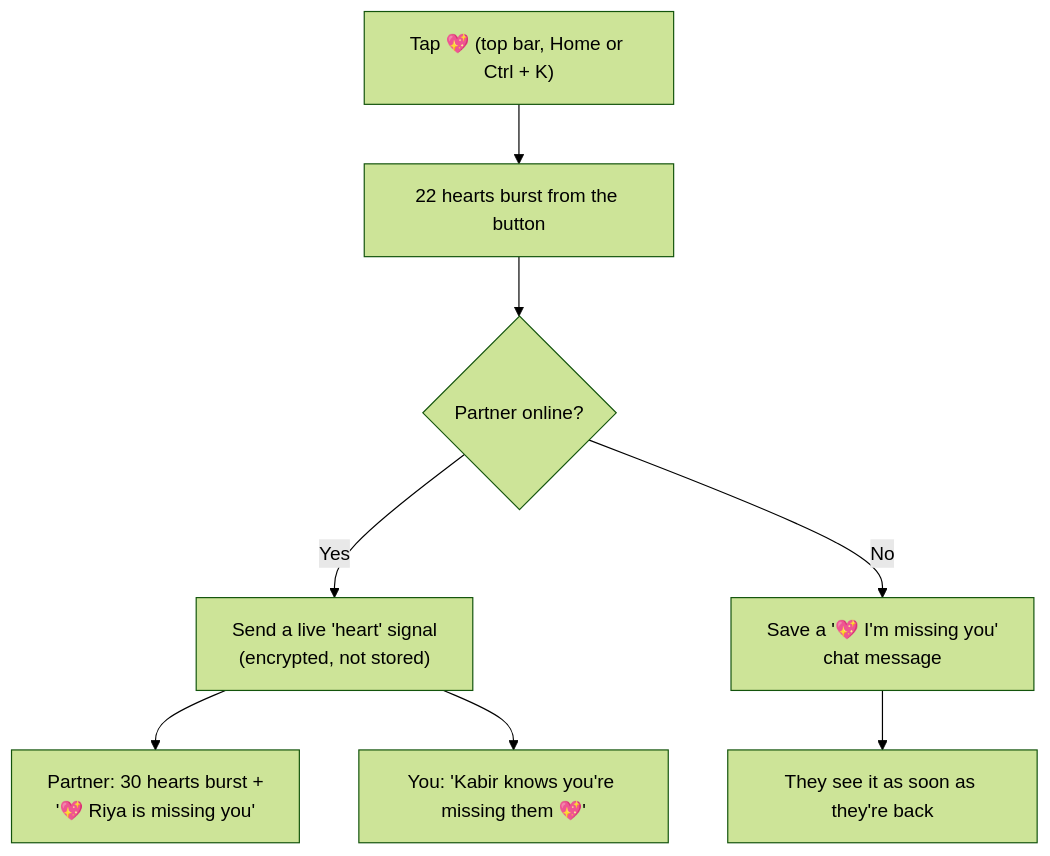
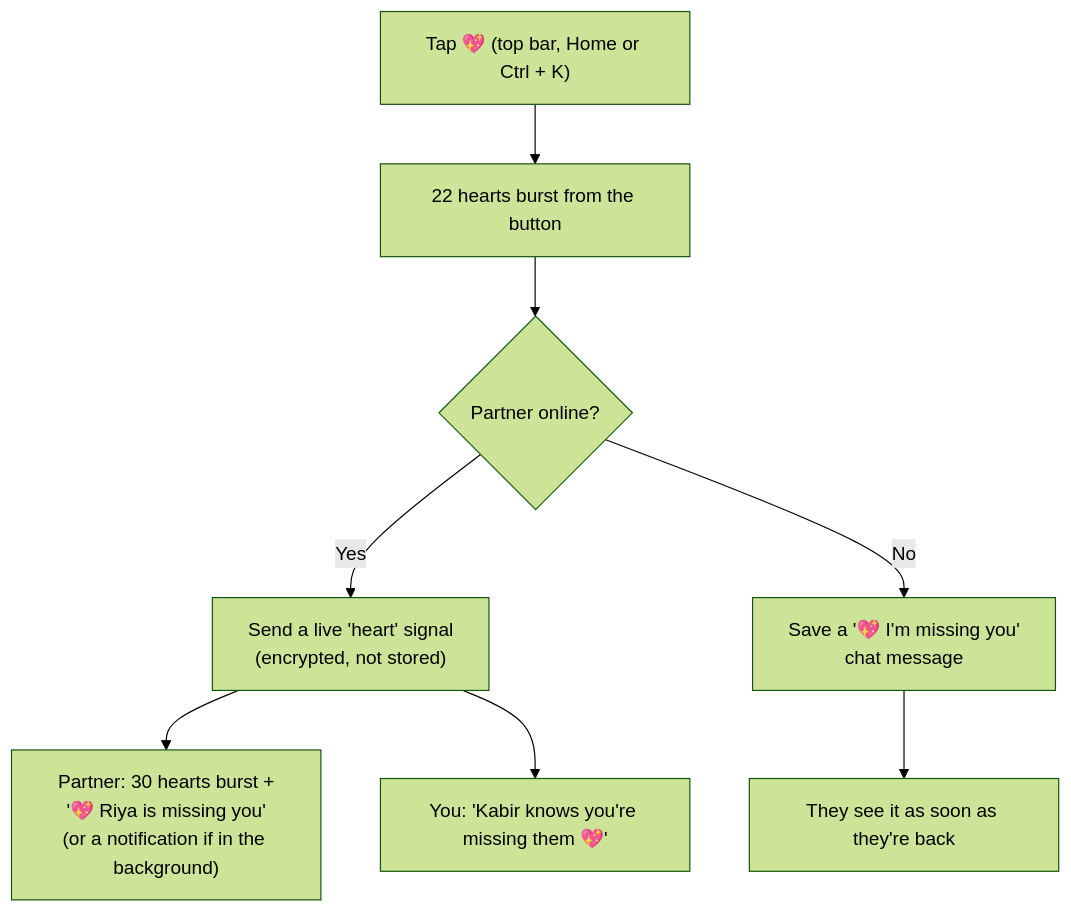
Diagram 14 of 30 in front-end/doc/04-flowcharts.md (silent-coder-dev/private-space), drawn with Mermaid (forest theme) before and after one commit. The commit also changed other lines of this file and 78 other files, not shown here.

````diff
--- a/front-end/doc/04-flowcharts.md
+++ b/front-end/doc/04-flowcharts.md
@@ -303,10 +312,10 @@
 ```mermaid
 flowchart TD
     A["Tap 💖 (top bar, Home or Ctrl + K)"] --> B["22 hearts burst from the button"]
     B --> C{"Partner online?"}
     C -->|"Yes"| D["Send a live 'heart' signal<br/>(encrypted, not stored)"]
-    D --> E["Partner: 30 hearts burst +<br/>'💖 Riya is missing you'"]
+    D --> E["Partner: 30 hearts burst +<br/>'💖 Riya is missing you'<br/>(or a notification if in the background)"]
     D --> F["You: 'Kabir knows you're missing them 💖'"]
     C -->|"No"| G["Save a '💖 I'm missing you'<br/>chat message"]
     G --> H["They see it as soon as they're back"]
 ```
````
